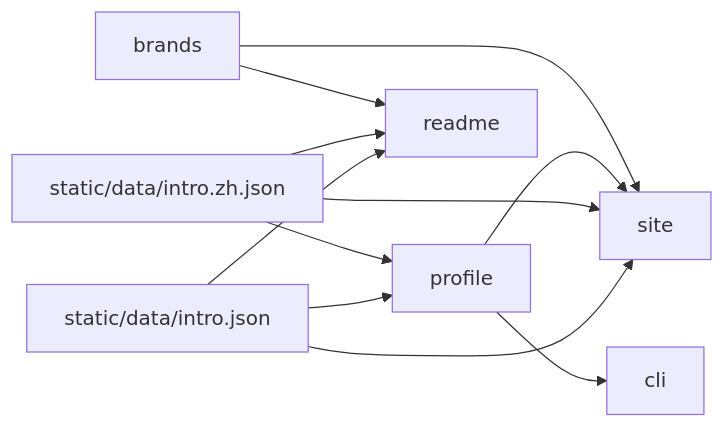
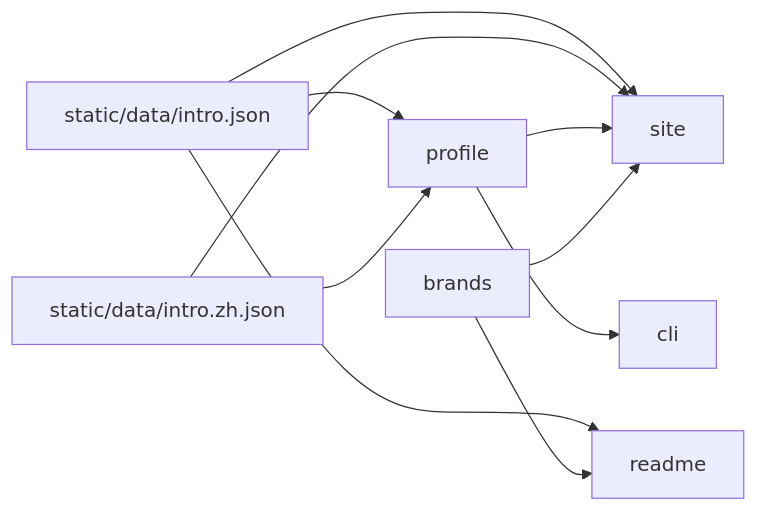
The diagram in architecture.md (heyq02/heyq02), drawn with Mermaid before and after one commit. The commit also changed other lines of this file and 9 other files, not shown here.

````diff
--- a/architecture.md
+++ b/architecture.md
@@ -17,20 +17,19 @@
 ```mermaid
 flowchart LR
   json["static/data/intro.json"]
   zh["static/data/intro.zh.json"]
   profile["profile"]
   brands["brands"]
   site["site"]
   cli["cli"]
   readme["readme"]
   json --> profile
   zh --> profile
   json --> site
   zh --> site
   json --> readme
-  zh --> readme
   profile --> site
   profile --> cli
   brands --> site
   brands --> readme
 ```
````
